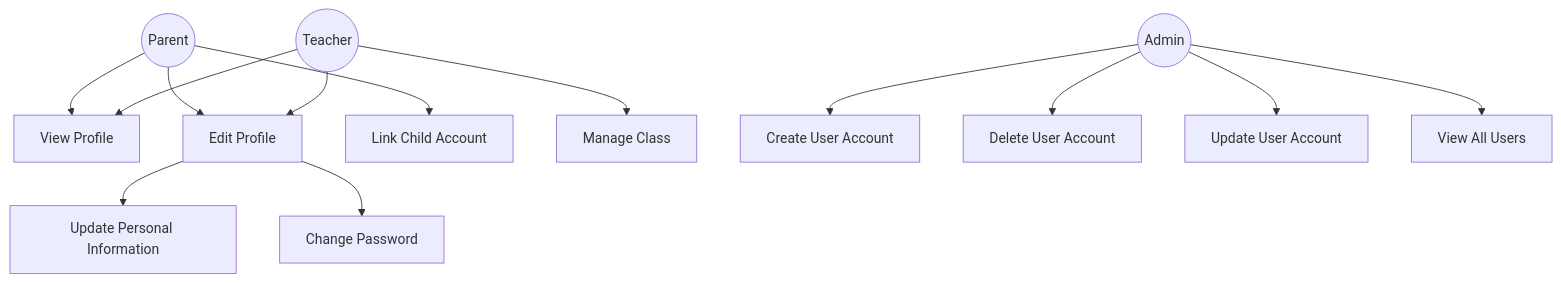
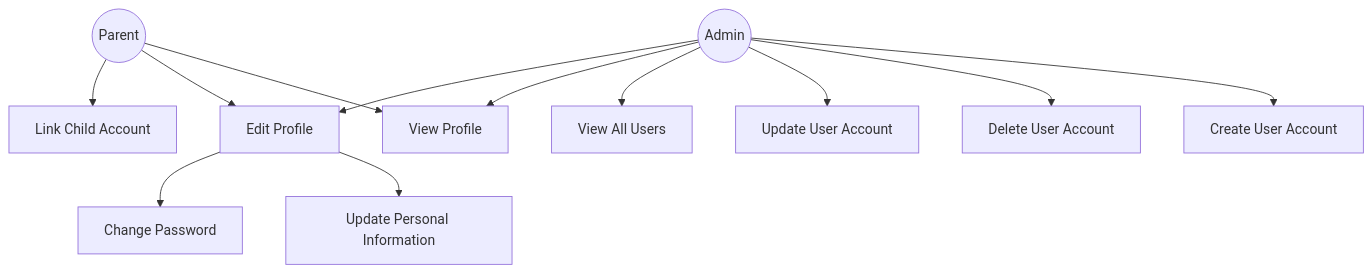
One commit to TongYwen/childfyp5 changed the second of 18 diagrams in diagrams.md. Above: the diagram before and after it, drawn with Mermaid. The commit also changed other lines of this file, not shown here.

First line of the commit message:
Update diagrams to remove Teacher role

````diff
--- a/diagrams.md
+++ b/diagrams.md
@@ -30,22 +25,19 @@
 ```mermaid
 graph TD
     Parent((Parent))
-    Teacher((Teacher))
     Admin((Admin))
 
     Parent --> ViewProfile[View Profile]
     Parent --> EditProfile[Edit Profile]
     Parent --> LinkChild[Link Child Account]
 
-    Teacher --> ViewProfile
-    Teacher --> EditProfile
-    Teacher --> ManageClass[Manage Class]
-
     Admin --> CreateAccount[Create User Account]
     Admin --> DeleteAccount[Delete User Account]
     Admin --> UpdateAccount[Update User Account]
     Admin --> ViewAllUsers[View All Users]
+    Admin --> ViewProfile
+    Admin --> EditProfile
 
     EditProfile --> UpdateInfo[Update Personal Information]
     EditProfile --> ChangePassword[Change Password]
 ```
````
